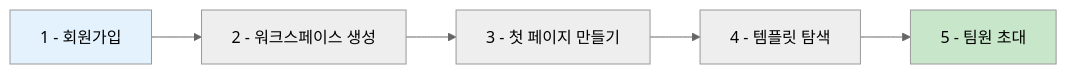
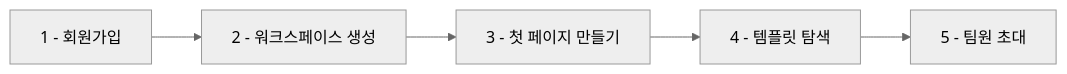
Before and after one commit to nugurejeil/weniVooks: the eighth of 9 diagrams in _md/genai-notion/chapter06/06-1.md, drawn with Mermaid (neutral theme). The commit also changed other lines of this file and 187 other files, not shown here.

````diff
--- a/_md/genai-notion/chapter06/06-1.md
+++ b/_md/genai-notion/chapter06/06-1.md
@@ -353,10 +346,7 @@
 ```mermaid
 graph LR
     A[1 - 회원가입] --> B[2 - 워크스페이스 생성]
     B --> C[3 - 첫 페이지 만들기]
     C --> D[4 - 템플릿 탐색]
     D --> E[5 - 팀원 초대]
-
-    style A fill:#E3F2FD
-    style E fill:#C8E6C9
 ```
````
